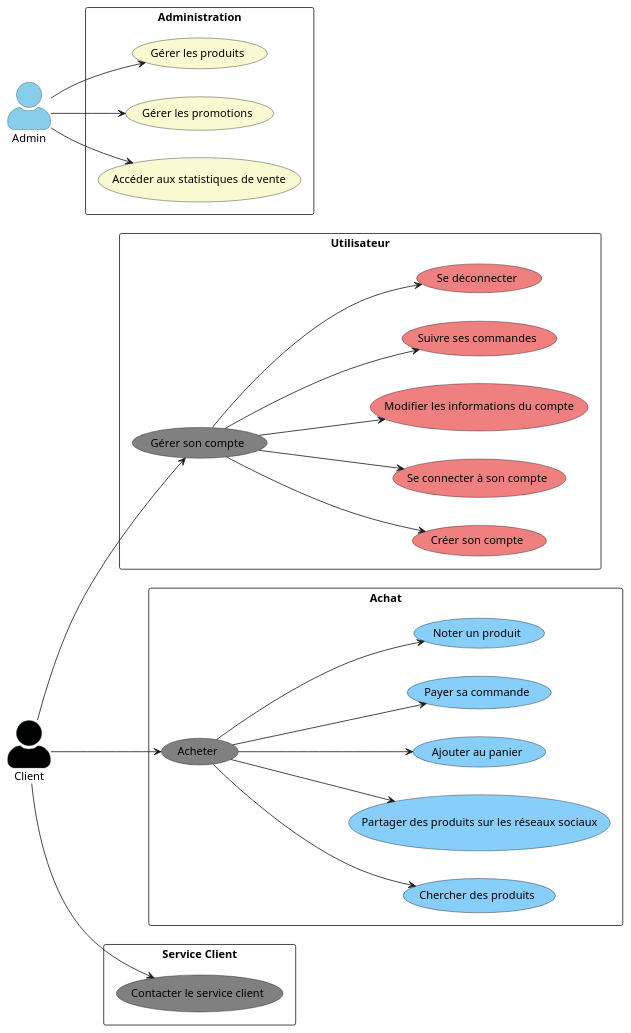
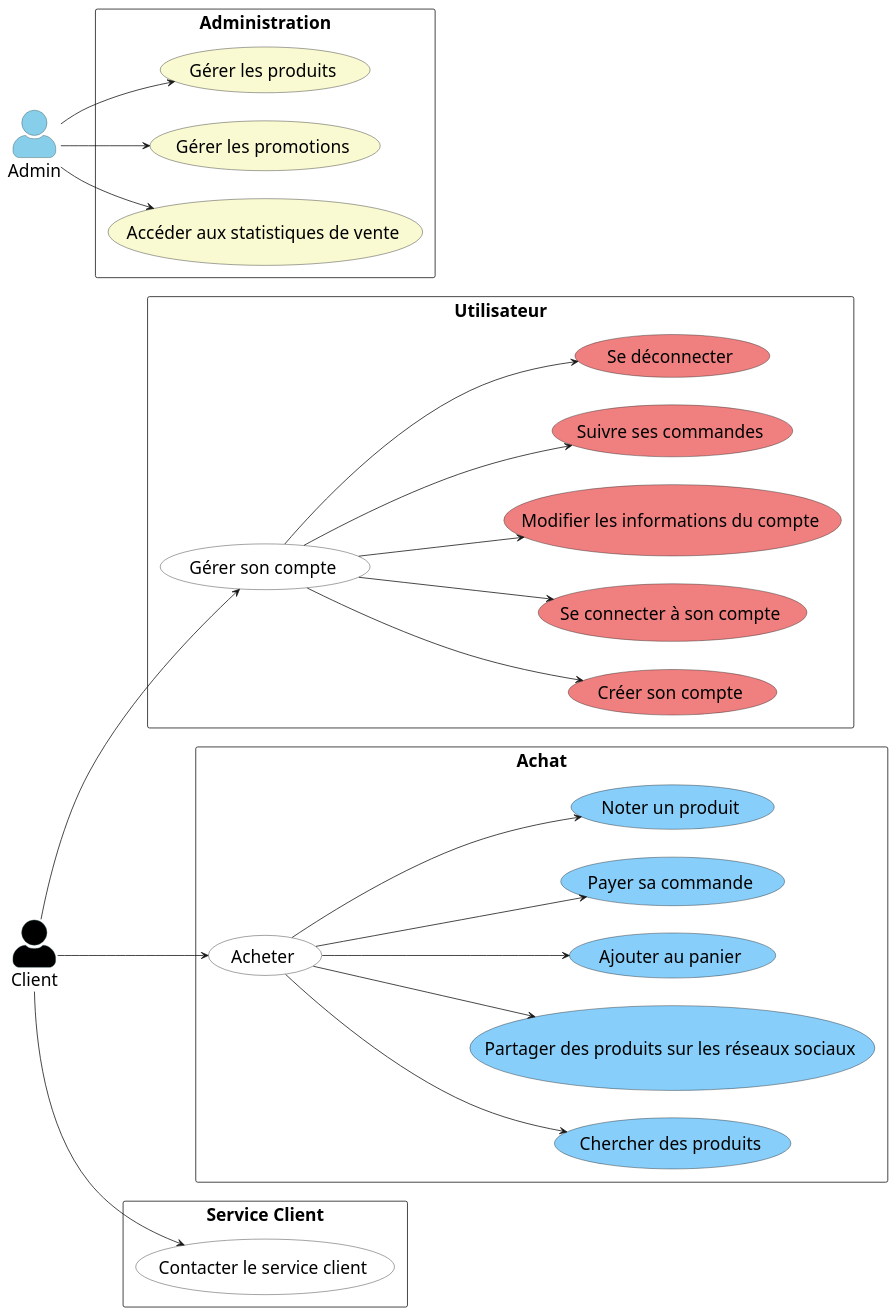
One commit to IUT-Blagnac/sae-3-01-devapp-Groupe-12 changed the diagram in doc/Notre client/Diagrammes/Use Case/UC_Site_Web_UML.wsd. Above: the diagram before and after it, drawn with PlantUML.

Commit message:
Modif use case web
augmentation de la taille de police pour une meilleure visibilité

```diff
--- a/doc/Notre client/Diagrammes/Use Case/UC_Site_Web_UML.wsd
+++ b/doc/Notre client/Diagrammes/Use Case/UC_Site_Web_UML.wsd
@@ -1,61 +1,63 @@
 @startuml
+skinparam defaultFontSize 22
+
 skinparam actorStyle awesome
 
 left to right direction
 
 skinparam actor {
     BackgroundColor DarkSeaGreen
     BorderColor DarkSlateGray
 }
 
 actor Client as Client #black
 actor Admin as Admin #SkyBlue
 
 rectangle "Utilisateur" {
-    usecase "Gérer son compte" as ManageAccount #grey
+    usecase "Gérer son compte" as ManageAccount #white
     usecase "Créer son compte" as CreateAccount #LightCoral
     usecase "Se connecter à son compte" as Login #LightCoral
     usecase "Modifier les informations du compte" as ModifyAccountInfo #LightCoral
     usecase "Suivre ses commandes" as crudOrder #LightCoral
     usecase "Se déconnecter" as Logout #LightCoral
 
     Client --> ManageAccount
     ManageAccount --> Logout
     ManageAccount --> CreateAccount
     ManageAccount --> Login
     ManageAccount --> ModifyAccountInfo
     ManageAccount --> crudOrder
 }
 
 rectangle "Achat" {
-    usecase "Acheter" as Purchase #grey
+    usecase "Acheter" as Purchase #white
     usecase "Chercher des produits" as SearchProducts #LightSkyBlue
     usecase "Partager des produits sur les réseaux sociaux" as shareProduct #LightSkyBlue
     usecase "Ajouter au panier" as AddToCart #LightSkyBlue
     usecase "Payer sa commande" as payCart #LightSkyBlue
     usecase "Noter un produit" as markProduct #LightSkyBlue
 
     Client --> Purchase
     Purchase --> SearchProducts
     Purchase --> shareProduct
     Purchase --> AddToCart
     Purchase --> payCart
     Purchase --> markProduct
 }
 
 rectangle "Service Client" {
-    usecase "Contacter le service client" as customerService #grey
+    usecase "Contacter le service client" as customerService #white
 
     Client --> customerService
 }
 
 rectangle "Administration" {
     usecase "Gérer les produits" as crudProduct #LightGoldenRodYellow
     usecase "Gérer les promotions" as crudPromo #LightGoldenRodYellow
     usecase "Accéder aux statistiques de vente" as showStats #LightGoldenRodYellow
 
     Admin --> crudProduct
     Admin --> crudPromo
     Admin --> showStats
 }
 @enduml
```
